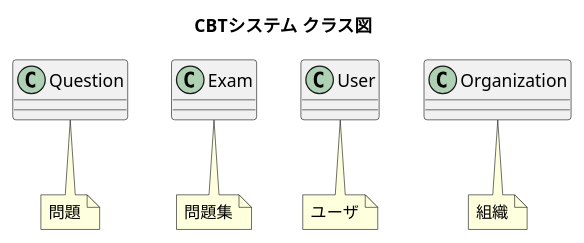
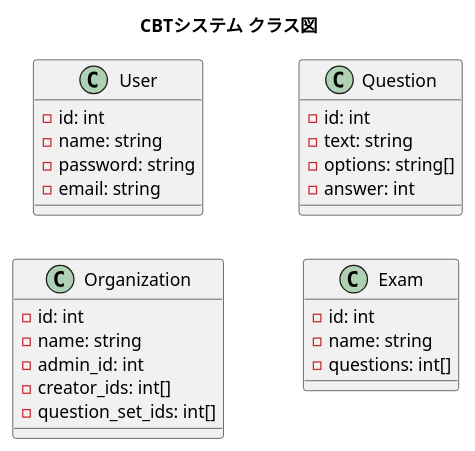
Before and after one commit to YanaPIIDXer/CBTSystem: the diagram in docs/CBT/UML/Classes.puml, drawn with PlantUML.

Commit message:
プロパティ列挙

```diff
--- a/docs/CBT/UML/Classes.puml
+++ b/docs/CBT/UML/Classes.puml
@@ -1,21 +1,34 @@
 @startuml クラス図
+
+left to right direction
 
 title CBTシステム クラス図
 
+class User {
+  -id: int
+  -name: string
+  -password: string
+  -email: string
+}
+
+class Organization {
+  -id: int
+  -name: string
+  -admin_id: int
+  -creator_ids: int[]
+  -question_set_ids: int[]
+}
+
 class Question {
+  -id: int
+  -text: string
+  -options: string[]
+  -answer: int
 }
-note bottom of Question: 問題
 
 class Exam {
+  -id: int
+  -name: string
+  -questions: int[]
 }
-note bottom of Exam: 問題集
-
-class User {
-}
-note bottom of User: ユーザ
-
-class Organization {
-}
-note bottom of Organization: 組織
-
 @enduml
```
